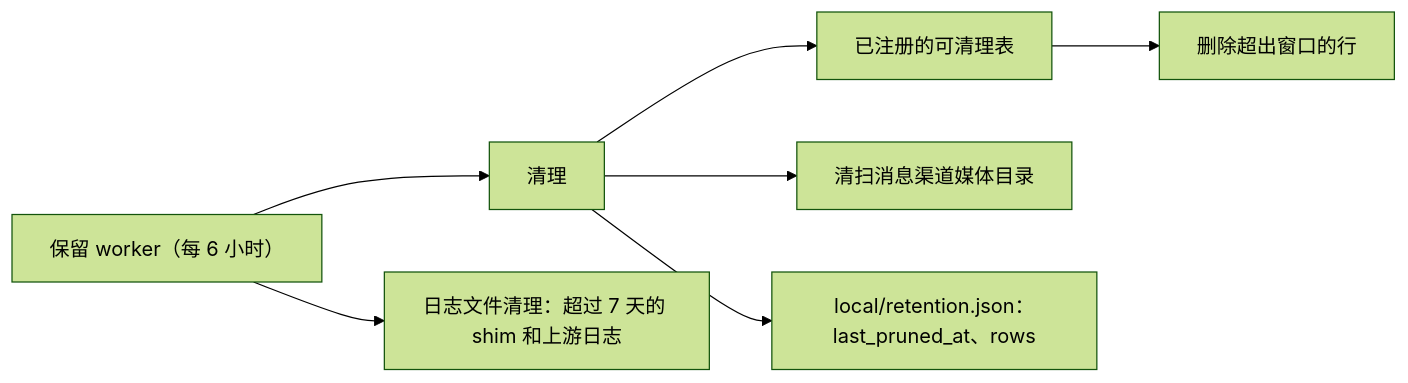
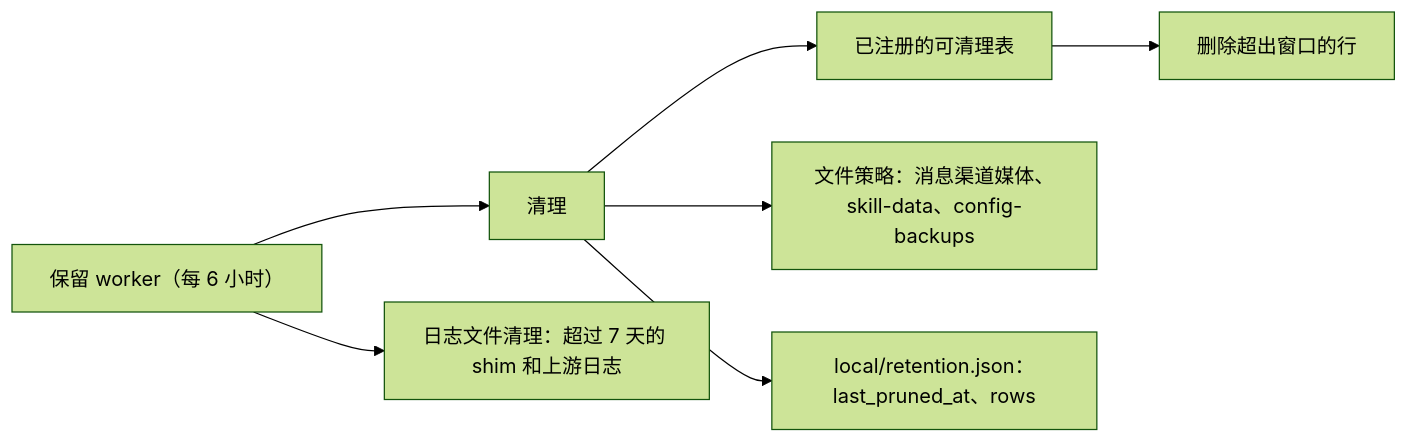
Before and after one commit to wyx-sg/Coffer: the second of 3 diagrams in docs-site/zh/architecture/observability.md, drawn with Mermaid (forest theme). The commit also changed other lines of this file and 125 other files, not shown here.

````diff
--- a/docs-site/zh/architecture/observability.md
+++ b/docs-site/zh/architecture/observability.md
@@ -260,9 +271,9 @@
 ```mermaid
 flowchart LR
     W["保留 worker（每 6 小时）"] --> S["清理"]
     S --> R["已注册的可清理表"]
     R --> T1["删除超出窗口的行"]
-    S --> M["清扫消息渠道媒体目录"]
+    S --> M["文件策略：消息渠道媒体、skill-data、config-backups"]
     W --> F["日志文件清理：超过 7 天的 shim 和上游日志"]
     S --> P["local/retention.json：last_pruned_at、rows"]
 ```
````
